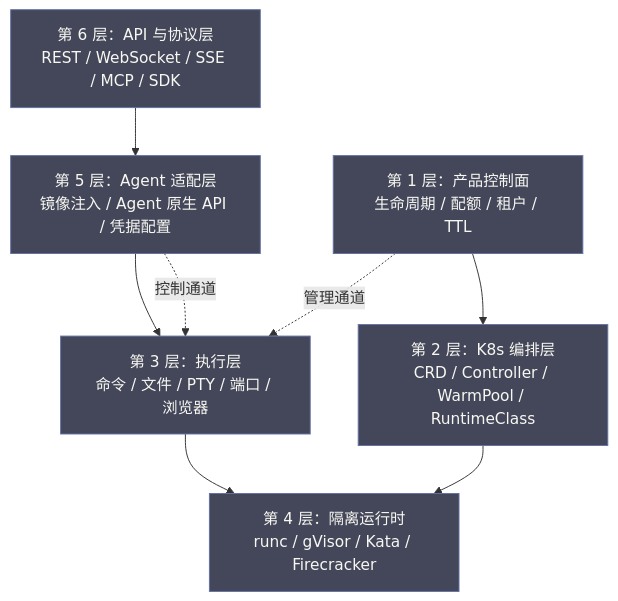
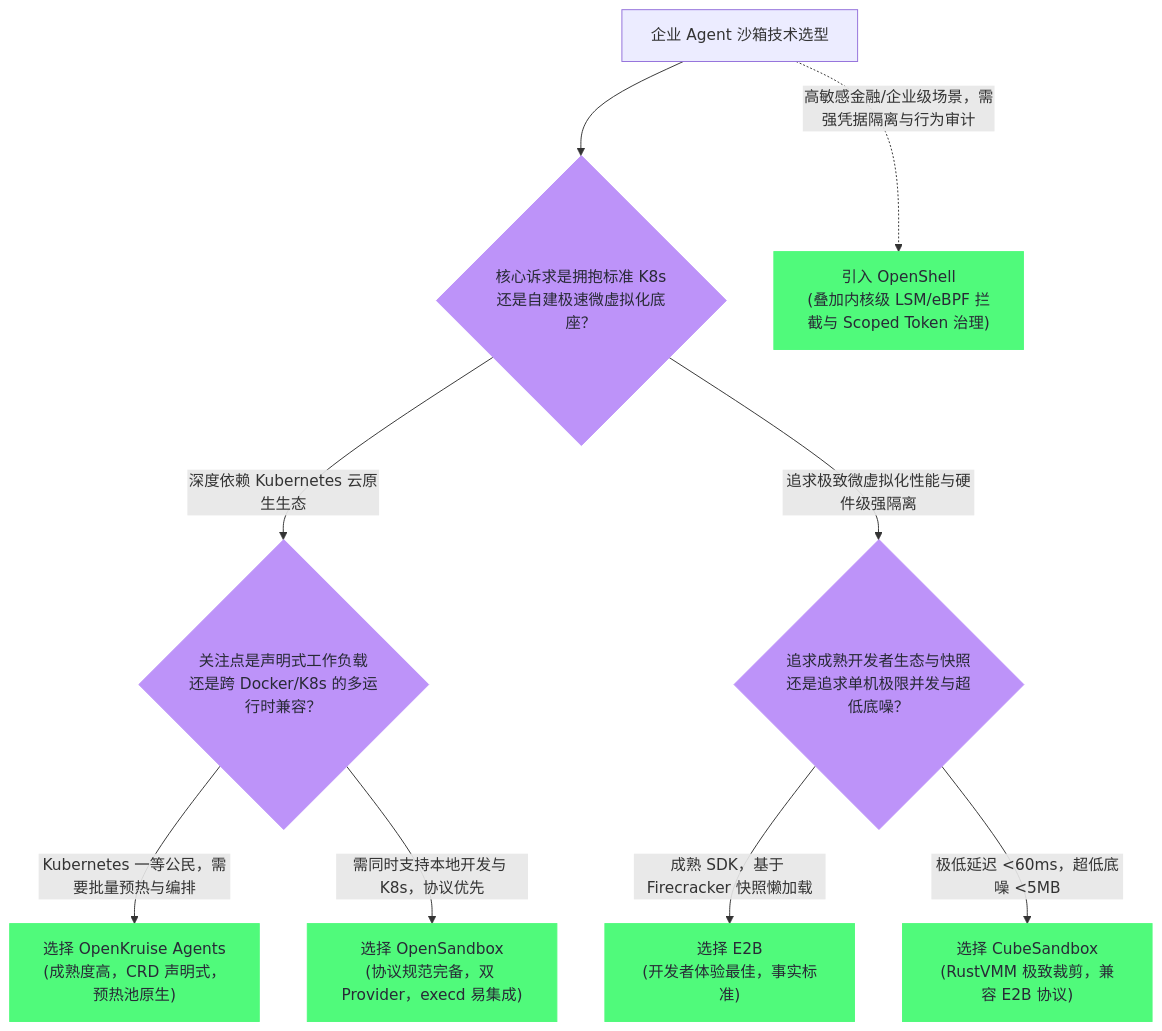
The seventh of 8 diagrams in content/LLM/Agent沙箱技术/01 Agent 沙箱全景——威胁模型、六层技术栈与逻辑演进.md (hpliStartAgain/my-brain), drawn with Mermaid before and after one commit. The commit also changed other lines of this file and 17 other files, not shown here.

````diff
--- a/content/LLM/Agent沙箱技术/01 Agent 沙箱全景——威胁模型、六层技术栈与逻辑演进.md
+++ b/content/LLM/Agent沙箱技术/01 Agent 沙箱全景——威胁模型、六层技术栈与逻辑演进.md
@@ -407,22 +472,20 @@
 ```mermaid
-%%{init: {'theme': 'dracula', 'themeVariables': {'primaryColor': '#6272a4', 'primaryTextColor': '#f8f8f2', 'primaryBorderColor': '#bd93f9', 'lineColor': '#ff79c6', 'secondaryColor': '#44475a', 'tertiaryColor': '#282a36'}}%%
+%%{init: {'theme': 'dracula'}}%%
 graph TD
-    L6["第 6 层：API 与协议层<br/>REST / WebSocket / SSE / MCP / SDK"]
-    L5["第 5 层：Agent 适配层<br/>镜像注入 / Agent 原生 API / 凭据配置"]
-    L4["第 4 层：隔离运行时<br/>runc / gVisor / Kata / Firecracker"]
-    L3["第 3 层：执行层<br/>命令 / 文件 / PTY / 端口 / 浏览器"]
-    L2["第 2 层：K8s 编排层<br/>CRD / Controller / WarmPool / RuntimeClass"]
-    L1["第 1 层：产品控制面<br/>生命周期 / 配额 / 租户 / TTL"]
+    Start["企业 Agent 沙箱技术选型"] --> Q1{"核心诉求是拥抱标准 K8s<br/>还是自建极速微虚拟化底座？"}
+    
+    Q1 -- "深度依赖 Kubernetes 云原生生态" --> Q2{"关注点是声明式工作负载<br/>还是跨 Docker/K8s 的多运行时兼容？"}
+    Q2 -- "Kubernetes 一等公民，需要批量预热与编排" --> Kruise["选择 OpenKruise Agents<br/>(成熟度高，CRD 声明式，预热池原生)"]
+    Q2 -- "需同时支持本地开发与 K8s，协议优先" --> OpenSandbox["选择 OpenSandbox<br/>(协议规范完备，双 Provider，execd 易集成)"]
 
-    L6 --> L5 --> L3
-    L3 --> L4
-    L2 --> L4
-    L1 --> L2
-    L5 -. "控制通道" .-> L3
-    L1 -. "管理通道" .-> L3
+    Q1 -- "追求极致微虚拟化性能与硬件级强隔离" --> Q3{"追求成熟开发者生态与快照<br/>还是追求单机极限并发与超低底噪？"}
+    Q3 -- "成熟 SDK，基于 Firecracker 快照懒加载" --> E2B["选择 E2B<br/>(开发者体验最佳，事实标准)"]
+    Q3 -- "极低延迟 <60ms，超低底噪 <5MB" --> CubeSandbox["选择 CubeSandbox<br/>(RustVMM 极致裁剪，兼容 E2B 协议)"]
 
-    classDef plane fill:#44475a,stroke:#6272a4,color:#f8f8f2
-    class L1,L2,L3,L4,L5,L6 plane
-    class L1 fill:#bd93f9,stroke:#bd93f9,color:#282a36
-    class L4 fill:#ff5555,stroke:#ff5555,color:#f8f8f2
+    Start -. "高敏感金融/企业级场景，需强凭据隔离与行为审计" .-> OpenShell["引入 OpenShell<br/>(叠加内核级 LSM/eBPF 拦截与 Scoped Token 治理)"]
+
+    classDef decision fill:#bd93f9,stroke:#bd93f9,color:#282a36;
+    classDef choice fill:#50fa7b,stroke:#50fa7b,color:#282a36;
+    class Q1,Q2,Q3 decision;
+    class Kruise,OpenSandbox,E2B,CubeSandbox,OpenShell choice;
 ```
````
